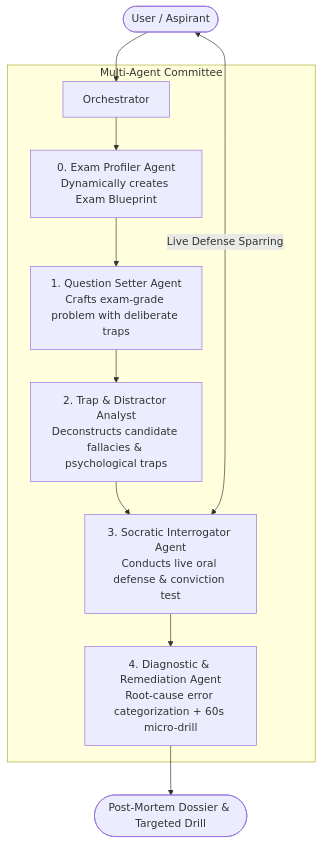
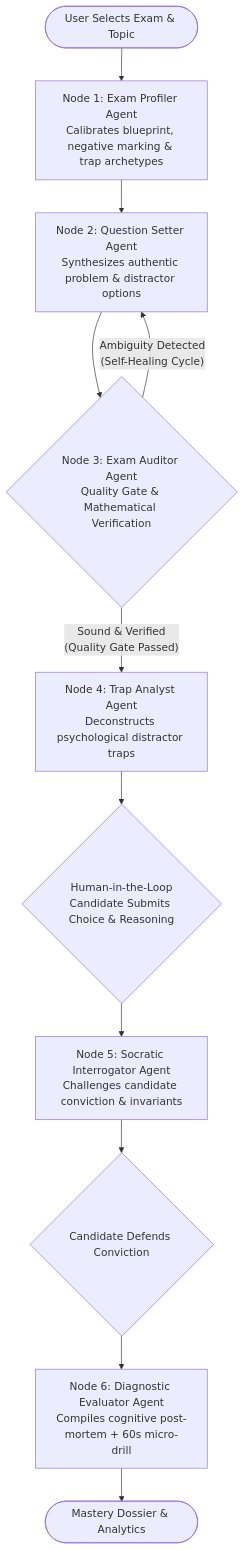
One commit to UdeepChowdary/aiEngineeringWorkshop_project changed the diagram in README.md. Above: the diagram before and after it, drawn with Mermaid. The commit also changed other lines of this file, not shown here.

Commit message:
Update README with LangGraph StateGraph architecture, BYOK security, and deployment guide

````diff
--- a/README.md
+++ b/README.md
@@ -11,15 +28,19 @@
 ```mermaid
 flowchart TD
-    User([User / Aspirant]) --> Controller[Orchestrator]
-
-    subgraph "Multi-Agent Committee"
-        Controller --> Agent0[0. Exam Profiler Agent<br/>Dynamically creates Exam Blueprint]
-        Agent0 --> Agent1[1. Question Setter Agent<br/>Crafts exam-grade problem with deliberate traps]
-        Agent1 --> Agent2[2. Trap & Distractor Analyst<br/>Deconstructs candidate fallacies & psychological traps]
-        Agent2 --> Agent3[3. Socratic Interrogator Agent<br/>Conducts live oral defense & conviction test]
-        Agent3 --> Agent4[4. Diagnostic & Remediation Agent<br/>Root-cause error categorization + 60s micro-drill]
-    end
-
-    User <-->|Live Defense Sparring| Agent3
-    Agent4 --> UserSummary([Post-Mortem Dossier & Targeted Drill])
+    Start([User Selects Exam & Topic]) --> Node1[Node 1: Exam Profiler Agent<br/>Calibrates blueprint, negative marking & trap archetypes]
+    Node1 --> Node2[Node 2: Question Setter Agent<br/>Synthesizes authentic problem & distractor options]
+    
+    Node2 --> Node3{Node 3: Exam Auditor Agent<br/>Quality Gate & Mathematical Verification}
+    
+    Node3 -- "Ambiguity Detected<br/>(Self-Healing Cycle)" --> Node2
+    Node3 -- "Sound & Verified<br/>(Quality Gate Passed)" --> Node4[Node 4: Trap Analyst Agent<br/>Deconstructs psychological distractor traps]
+    
+    Node4 --> HumanCheck{Human-in-the-Loop<br/>Candidate Submits Choice & Reasoning}
+    
+    HumanCheck --> Node5[Node 5: Socratic Interrogator Agent<br/>Challenges candidate conviction & invariants]
+    
+    Node5 --> DefenseInput{Candidate Defends Conviction}
+    
+    DefenseInput --> Node6[Node 6: Diagnostic Evaluator Agent<br/>Compiles cognitive post-mortem + 60s micro-drill]
+    Node6 --> End([Mastery Dossier & Analytics])
 ```
````
